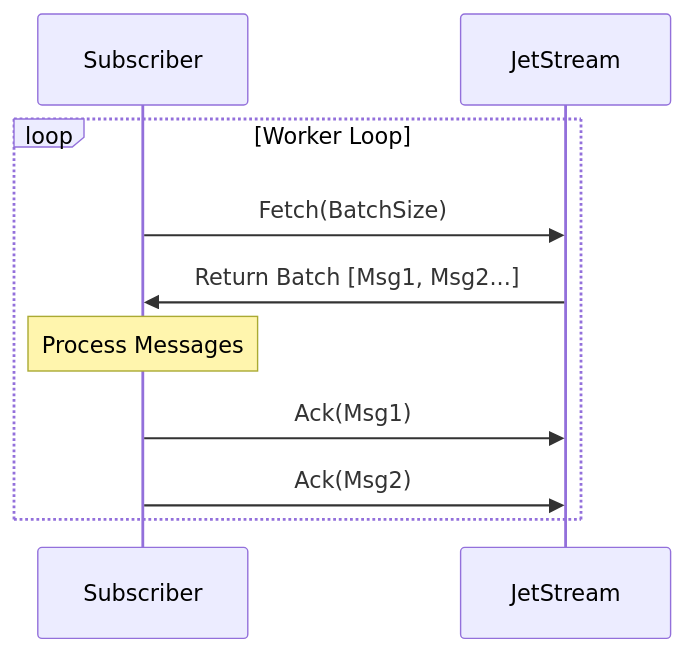
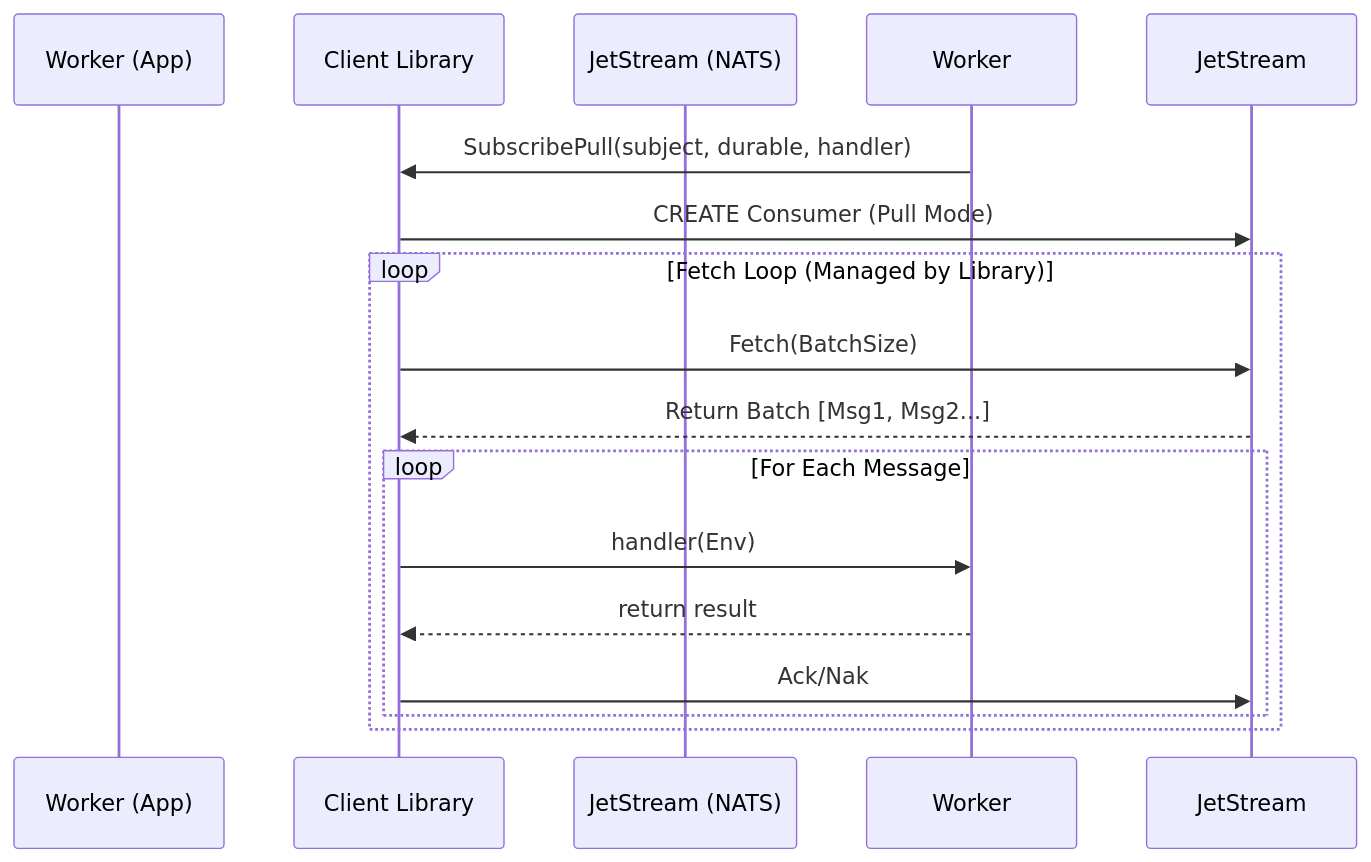
Before and after one commit to ganeshgedela/gRouter: the tenth of 20 diagrams in pkg/messaging/nats/nats_learning.md, drawn with Mermaid. The commit also changed other lines of this file and 43 other files, not shown here.

````diff
--- a/pkg/messaging/nats/nats_learning.md
+++ b/pkg/messaging/nats/nats_learning.md
@@ -541,13 +530,20 @@
 ```mermaid
 sequenceDiagram
-    participant Subscriber
-    participant JetStream
+    participant Worker (App)
+    participant Client Library
+    participant JetStream (NATS)
 
-    loop Worker Loop
-        Subscriber->>JetStream: Fetch(BatchSize)
-        JetStream->>Subscriber: Return Batch [Msg1, Msg2...]
-        Note over Subscriber: Process Messages
-        Subscriber->>JetStream: Ack(Msg1)
-        Subscriber->>JetStream: Ack(Msg2)
+    Worker->>Client Library: SubscribePull(subject, durable, handler)
+    Client Library->>JetStream: CREATE Consumer (Pull Mode)
+    
+    loop Fetch Loop (Managed by Library)
+        Client Library->>JetStream: Fetch(BatchSize)
+        JetStream-->>Client Library: Return Batch [Msg1, Msg2...]
+        
+        loop For Each Message
+            Client Library->>Worker: handler(Env)
+            Worker-->>Client Library: return result
+            Client Library->>JetStream: Ack/Nak
+        end
     end
 ```
````
